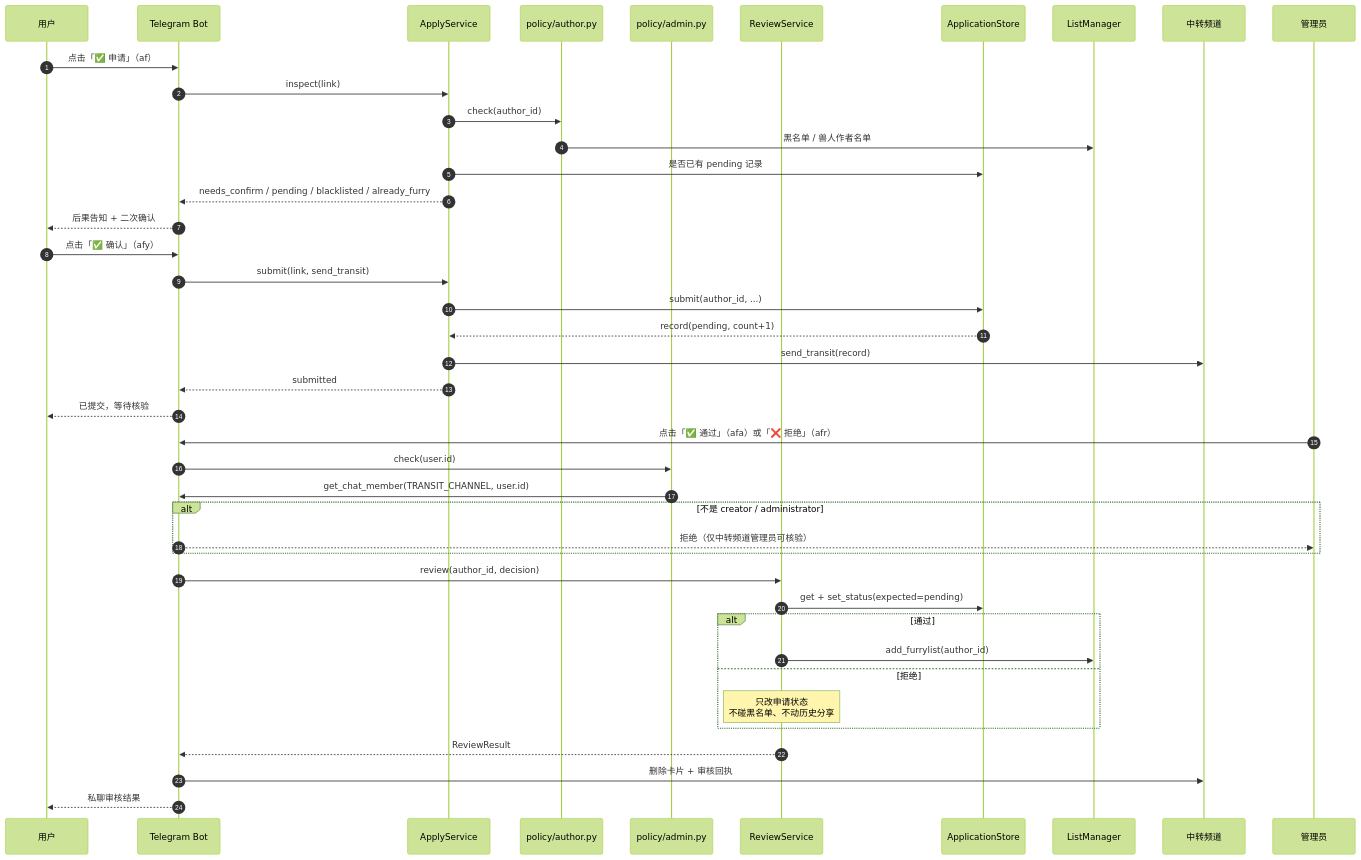
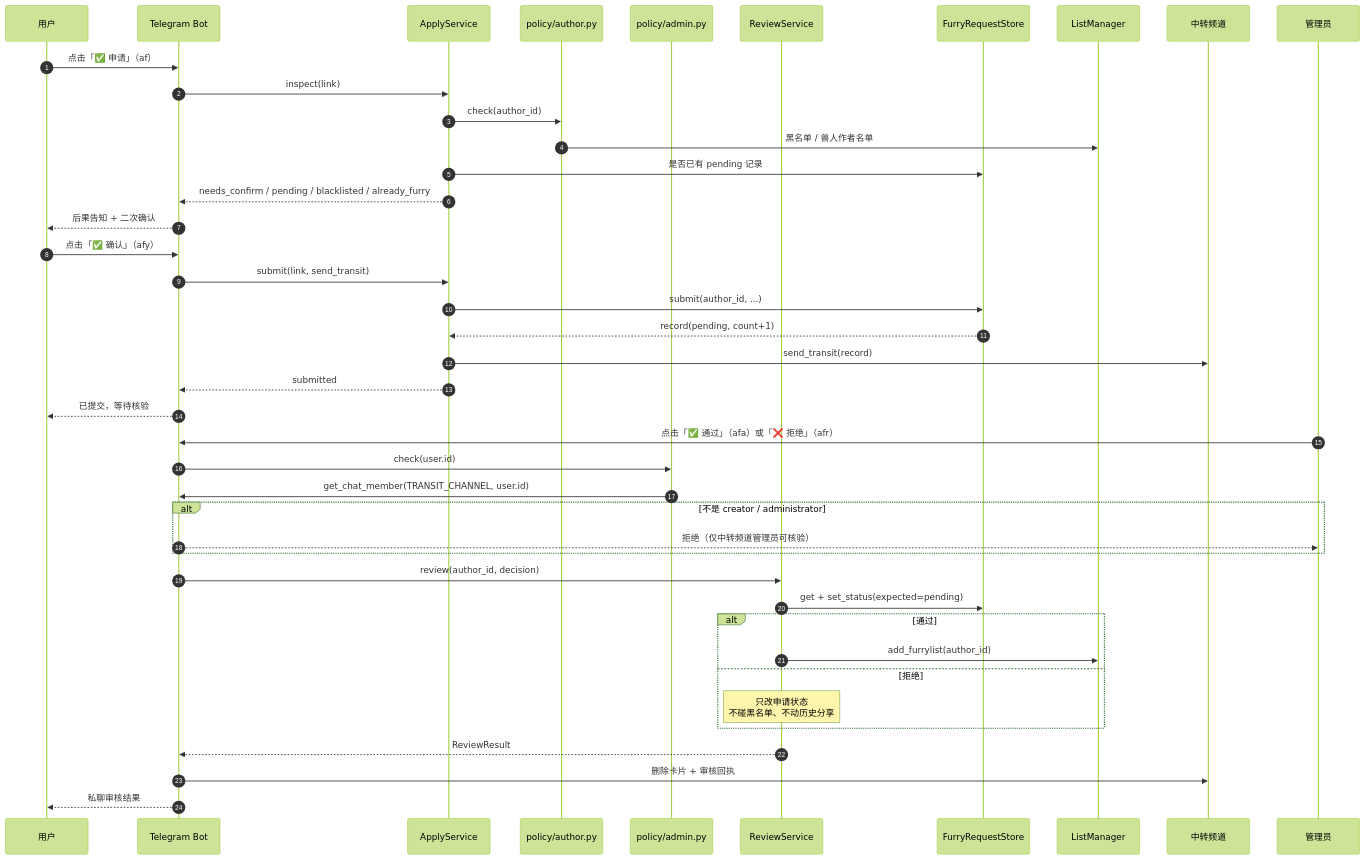
Before and after one commit to DowneyRem/FurryReadingBot: the second of 4 diagrams in docs/05-运行时序.md, drawn with Mermaid (forest theme). The commit also changed other lines of this file and 13 other files, not shown here.

````diff
--- a/docs/05-运行时序.md
+++ b/docs/05-运行时序.md
@@ -83,49 +83,49 @@
 ```mermaid
 sequenceDiagram
     autonumber
     participant user as 用户
     participant telegramBot as Telegram Bot
     participant applyService as ApplyService
     participant authorPolicy as policy/author.py
     participant adminPolicy as policy/admin.py
     participant reviewService as ReviewService
-    participant applications as ApplicationStore
+    participant furryRequests as FurryRequestStore
     participant listManager as ListManager
     participant transit as 中转频道
     participant admin as 管理员
 
     user->>telegramBot: 点击「✅ 申请」（af）
     telegramBot->>applyService: inspect(link)
     applyService->>authorPolicy: check(author_id)
     authorPolicy->>listManager: 黑名单 / 兽人作者名单
-    applyService->>applications: 是否已有 pending 记录
+    applyService->>furryRequests: 是否已有 pending 记录
     applyService-->>telegramBot: needs_confirm / pending / blacklisted / already_furry
     telegramBot-->>user: 后果告知 + 二次确认
 
     user->>telegramBot: 点击「✅ 确认」（afy）
     telegramBot->>applyService: submit(link, send_transit)
-    applyService->>applications: submit(author_id, ...)
-    applications-->>applyService: record(pending, count+1)
+    applyService->>furryRequests: submit(author_id, ...)
+    furryRequests-->>applyService: record(pending, count+1)
     applyService->>transit: send_transit(record)
     applyService-->>telegramBot: submitted
     telegramBot-->>user: 已提交，等待核验
 
     admin->>telegramBot: 点击「✅ 通过」（afa）或「❌ 拒绝」（afr）
     telegramBot->>adminPolicy: check(user.id)
     adminPolicy->>telegramBot: get_chat_member(TRANSIT_CHANNEL, user.id)
     alt 不是 creator / administrator
         telegramBot-->>admin: 拒绝（仅中转频道管理员可核验）
     end
     telegramBot->>reviewService: review(author_id, decision)
-    reviewService->>applications: get + set_status(expected=pending)
+    reviewService->>furryRequests: get + set_status(expected=pending)
 
     alt 通过
         reviewService->>listManager: add_furrylist(author_id)
     else 拒绝
         note over reviewService: 只改申请状态<br/>不碰黑名单、不动历史分享
     end
 
     reviewService-->>telegramBot: ReviewResult
     telegramBot->>transit: 删除卡片 + 审核回执
     telegramBot-->>user: 私聊审核结果
 ```
````
